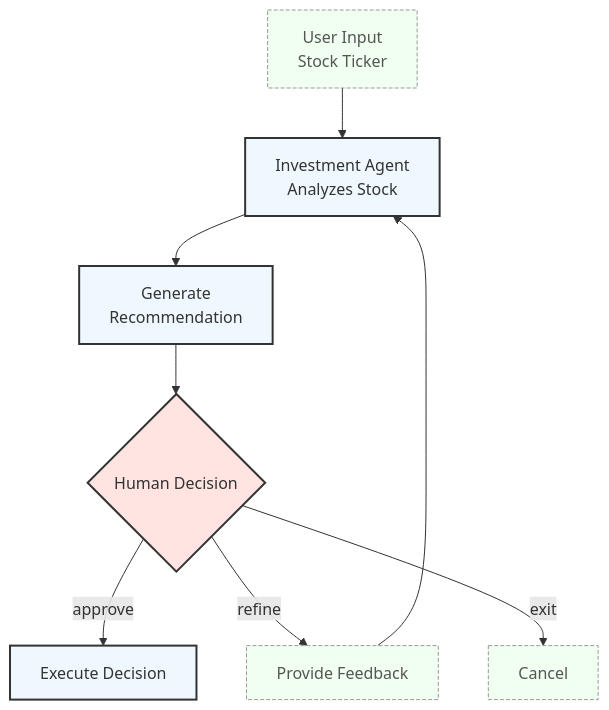
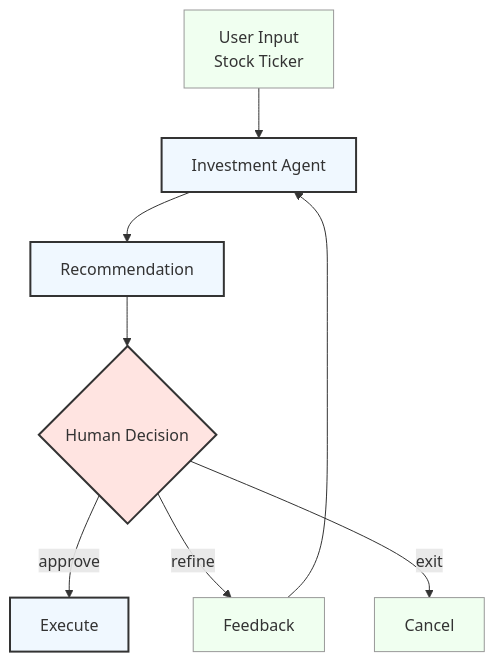
One commit to kimtth/agent-quant-stock-invest changed the second of 2 diagrams in README.md. Above: the diagram before and after it, drawn with Mermaid. The commit also changed other lines of this file and 2 other files, not shown here.

Commit message:
fix: update flowchart styles and remove unused Dev UI code

````diff
--- a/README.md
+++ b/README.md
@@ -186,14 +105,14 @@
 ```mermaid
 flowchart TD
-    classDef note fill:#f0fff0,stroke:#999,stroke-width:1px,stroke-dasharray:4 2,color:#555
-    classDef cpu  fill:#f0f8ff,stroke:#333,stroke-width:2px
-    classDef proc fill:#ffe4e1,stroke:#333,stroke-width:2px
+    classDef human    fill:#f0fff0,stroke:#999,stroke-width:1px
+    classDef agent    fill:#f0f8ff,stroke:#333,stroke-width:2px
+    classDef decision fill:#ffe4e1,stroke:#333,stroke-width:2px
 
-    A[User Input<br/>Stock Ticker]:::note --> B[Investment Agent<br/>Analyzes Stock]:::cpu
-    B --> C[Generate<br/>Recommendation]:::cpu
-    C --> D{Human Decision}:::proc
-    D -->|approve| E[Execute Decision]:::cpu
-    D -->|refine| F[Provide Feedback]:::note
-    D -->|exit| G[Cancel]:::note
+    A[User Input<br/>Stock Ticker]:::human --> B[Investment Agent]:::agent
+    B --> C[Recommendation]:::agent
+    C --> D{Human Decision}:::decision
+    D -->|approve| E[Execute]:::agent
+    D -->|refine| F[Feedback]:::human
+    D -->|exit| G[Cancel]:::human
     F --> B
 ```
````
